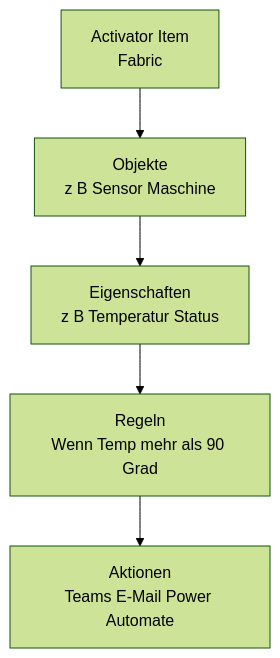
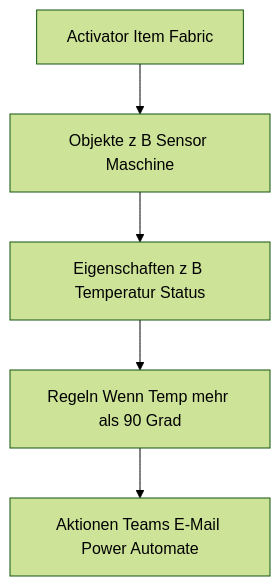
One commit to SoniiiT/notes-n-docs changed the fourth of 5 diagrams in Microsoft 365/Azure/Fabric/Fabric Real-Time Intelligence.md. Above: the diagram before and after it, drawn with Mermaid (forest theme). The commit also changed other lines of this file and 124 other files, not shown here.

First line of the commit message:
fix: Entferne \n aus allen Mermaid-Diagrammen (125 Dateien)

````diff
--- a/Microsoft 365/Azure/Fabric/Fabric Real-Time Intelligence.md
+++ b/Microsoft 365/Azure/Fabric/Fabric Real-Time Intelligence.md
@@ -291,8 +291,8 @@
 ```mermaid
 graph TD
-    ACT[Activator Item\nFabric]
-    ACT --> OBJ[Objekte\nz B Sensor Maschine]
-    OBJ --> PROP[Eigenschaften\nz B Temperatur Status]
-    PROP --> RULE[Regeln\nWenn Temp mehr als 90 Grad]
-    RULE --> ACTION[Aktionen\nTeams E-Mail Power Automate]
+    ACT[Activator Item Fabric]
+    ACT --> OBJ[Objekte z B Sensor Maschine]
+    OBJ --> PROP[Eigenschaften z B Temperatur Status]
+    PROP --> RULE[Regeln Wenn Temp mehr als 90 Grad]
+    RULE --> ACTION[Aktionen Teams E-Mail Power Automate]
 ```
````
